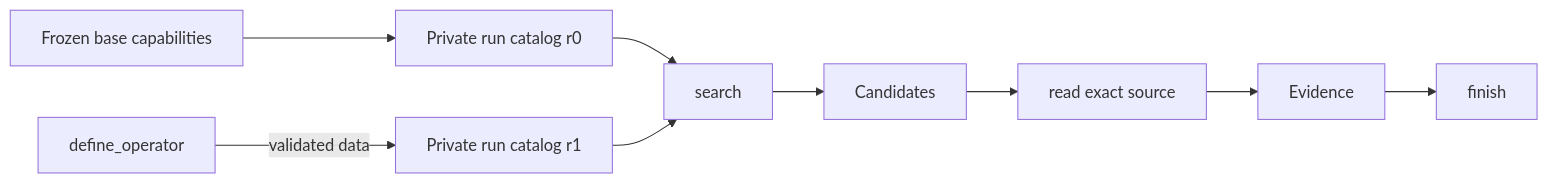
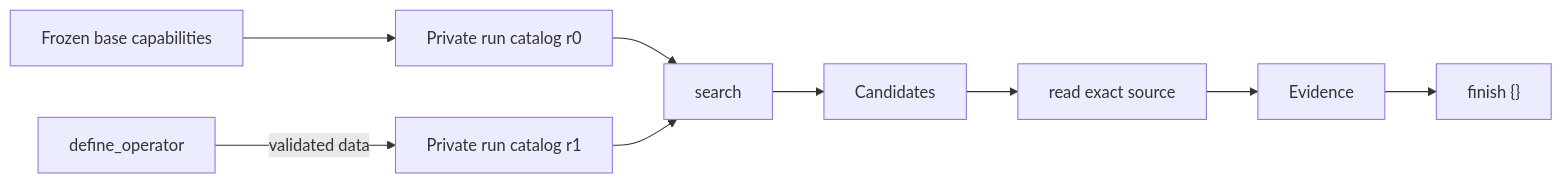
The diagram in docs/architecture/search-operator-system-design.md (fendss/pi-mem), drawn with Mermaid before and after one commit. The commit also changed other lines of this file and 181 other files, not shown here.

````diff
--- a/docs/architecture/search-operator-system-design.md
+++ b/docs/architecture/search-operator-system-design.md
@@ -179,11 +180,11 @@
 ```mermaid
 flowchart LR
   Base["Frozen base capabilities"] --> Run["Private run catalog r0"]
   Define["define_operator"] -->|"validated data"| Run1["Private run catalog r1"]
   Run --> Search["search"]
   Run1 --> Search
   Search --> Candidates["Candidates"]
   Candidates --> Read["read exact source"]
   Read --> Evidence["Evidence"]
-  Evidence --> Finish["finish"]
+  Evidence --> Finish["finish {}"]
 ```
````
